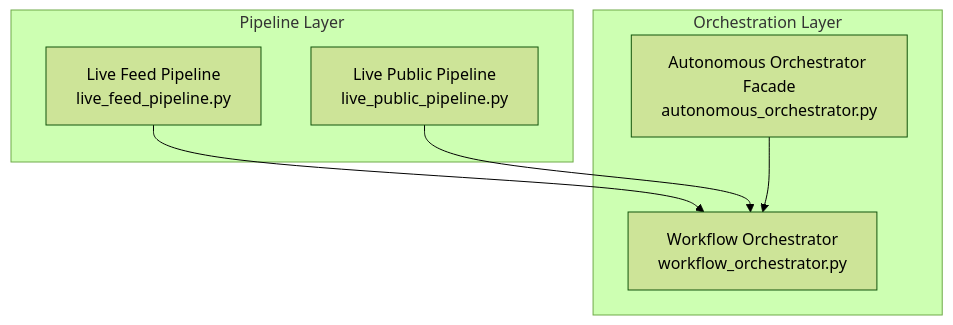
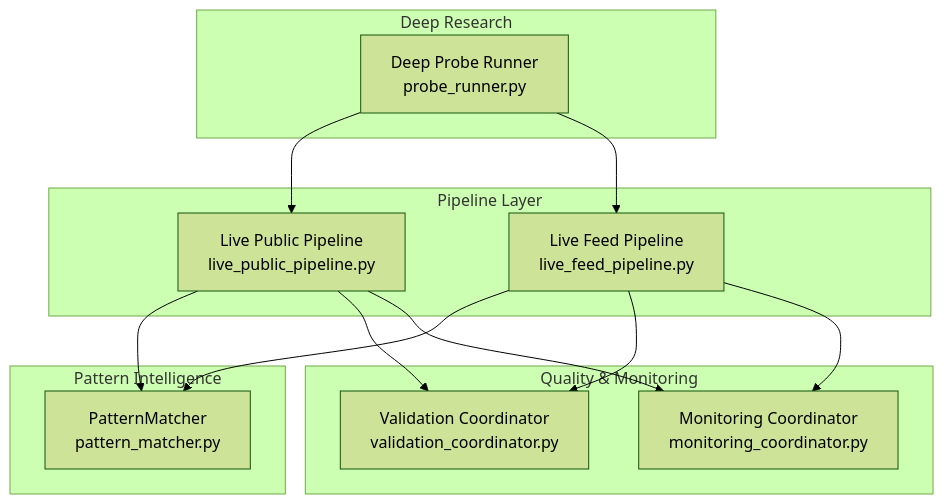
Before and after one commit to Hamulda/hledac-universal: the first of 8 diagrams in .qoder/repowiki/en/content/Pipeline System/Pipeline System.md, drawn with Mermaid (forest theme). The commit also changed other lines of this file and 236 other files, not shown here.

````diff
--- a/.qoder/repowiki/en/content/Pipeline System/Pipeline System.md
+++ b/.qoder/repowiki/en/content/Pipeline System/Pipeline System.md
@@ -39,14 +31,25 @@
 ```mermaid
 graph TB
 subgraph "Pipeline Layer"
 LFP["Live Feed Pipeline<br/>live_feed_pipeline.py"]
 LPP["Live Public Pipeline<br/>live_public_pipeline.py"]
 end
-subgraph "Orchestration Layer"
-WF["Workflow Orchestrator<br/>workflow_orchestrator.py"]
-AO["Autonomous Orchestrator Facade<br/>autonomous_orchestrator.py"]
+subgraph "Pattern Intelligence"
+PM["PatternMatcher<br/>pattern_matcher.py"]
 end
-LFP --> WF
-LPP --> WF
-AO --> WF
+subgraph "Deep Research"
+DR["Deep Probe Runner<br/>probe_runner.py"]
+end
+subgraph "Quality & Monitoring"
+VC["Validation Coordinator<br/>validation_coordinator.py"]
+MC["Monitoring Coordinator<br/>monitoring_coordinator.py"]
+end
+LFP --> PM
+LPP --> PM
+DR --> LPP
+DR --> LFP
+LPP --> VC
+LFP --> VC
+LPP --> MC
+LFP --> MC
 ```
````
